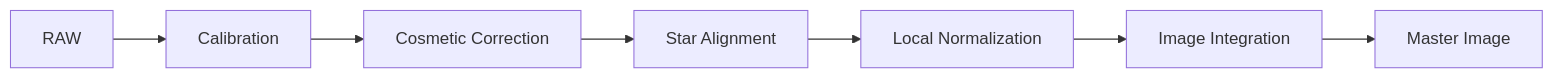
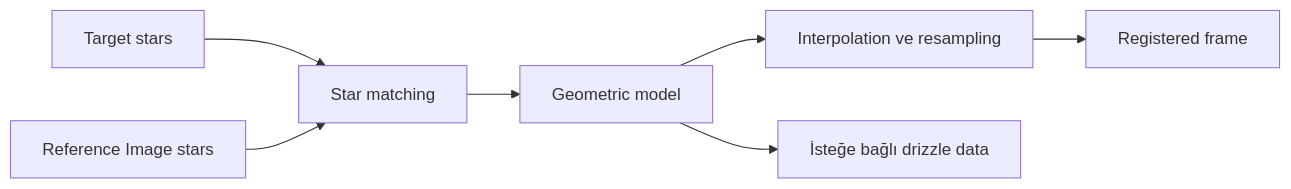
The first of 2 diagrams in docs/03-kalibrasyon/star-alignment.md (esenbaytekin/PixInsight-Master-Guide), drawn with Mermaid before and after one commit. The commit also changed other lines of this file and 11 other files, not shown here.

````diff
--- a/docs/03-kalibrasyon/star-alignment.md
+++ b/docs/03-kalibrasyon/star-alignment.md
@@ -16,9 +16,9 @@
 ```mermaid
 flowchart LR
- RAW["RAW"] --> CAL["Calibration"]
- CAL --> CC["Cosmetic Correction"]
- CC --> SA["Star Alignment"]
- SA --> LN["Local Normalization"]
- LN --> II["Image Integration"]
- II --> MASTER["Master Image"]
+    target["Target stars"] --> matching["Star matching"]
+    reference["Reference Image stars"] --> matching
+    matching --> model["Geometric model"]
+    model --> resampling["Interpolation ve resampling"]
+    resampling --> registered["Registered frame"]
+    model --> drizzle["İsteğe bağlı drizzle data"]
 ```
````
